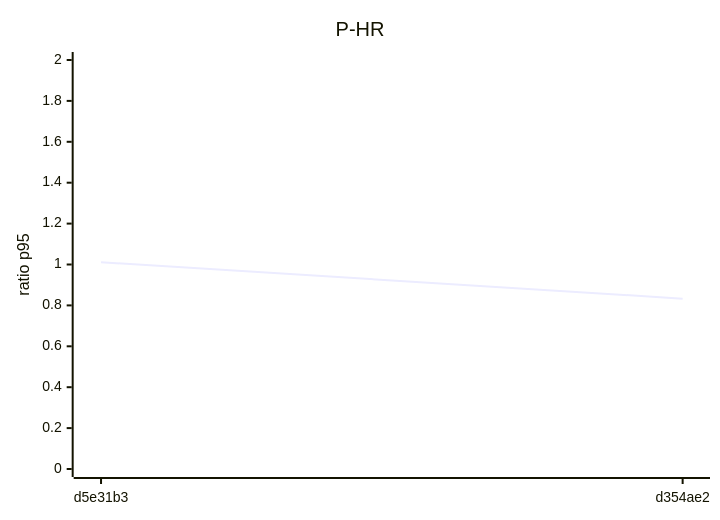
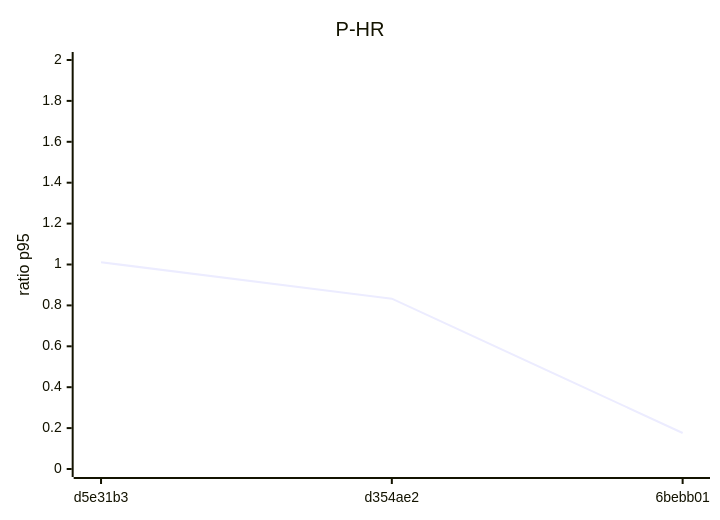
The third of 8 diagrams in docs/perf/trend.md (mtromane/expense-io), drawn with Mermaid before and after one commit. The commit also changed other lines of this file and 1 other file, not shown here.

Commit message:
perf: mesure de 6bebb01

````diff
--- a/docs/perf/trend.md
+++ b/docs/perf/trend.md
@@ -32,7 +32,7 @@
 ```mermaid
 xychart-beta
   title "P-HR"
-  x-axis ["d5e31b3", "d354ae2"]
+  x-axis ["d5e31b3", "d354ae2", "6bebb01"]
   y-axis "ratio p95" 0 --> 2
-  line [1.011, 0.833]
+  line [1.011, 0.833, 0.176]
 ```
````
